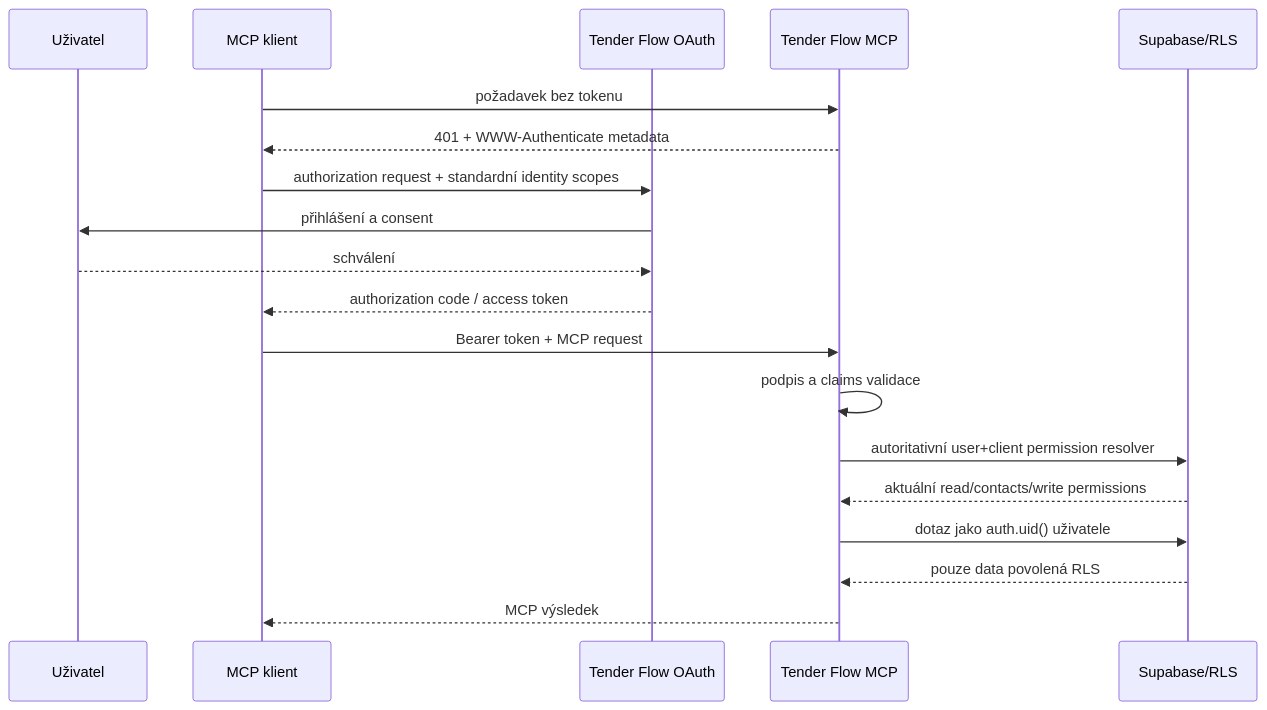
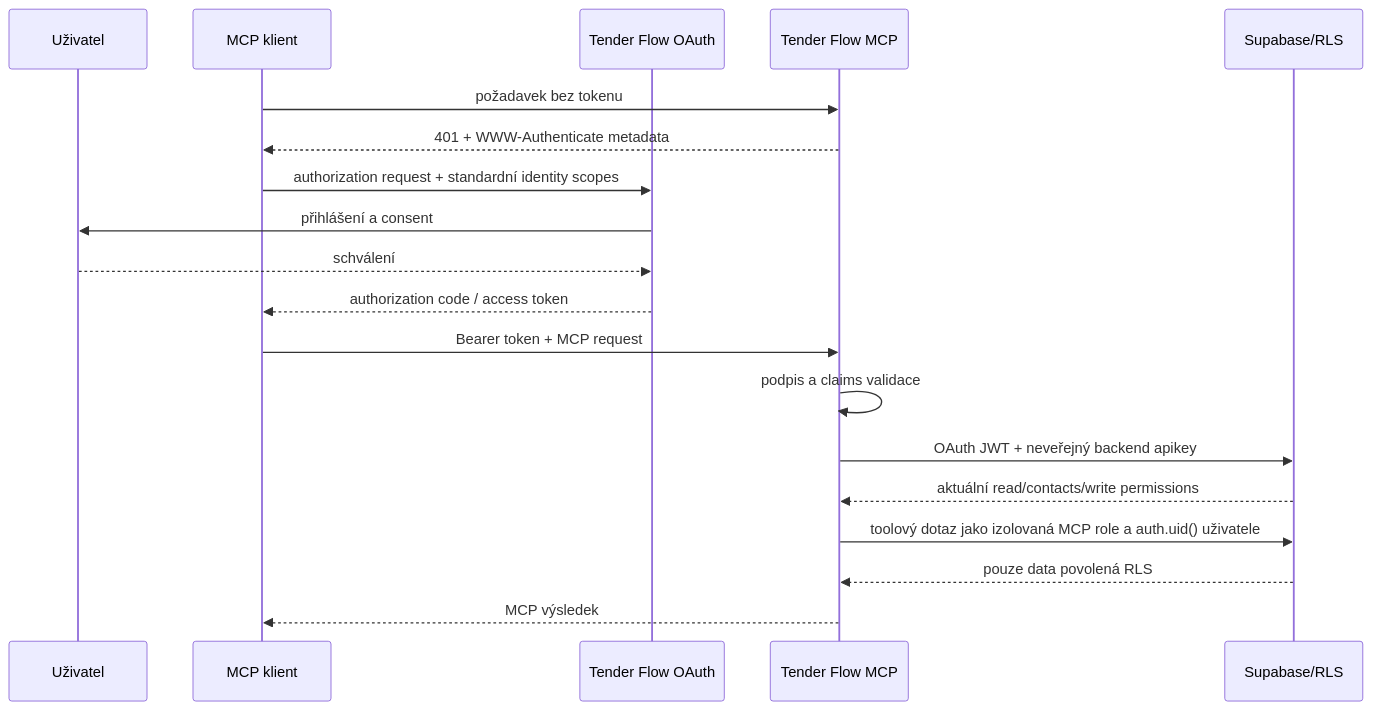
Before and after one commit to Martin82K/Tender-Flow: the diagram in docs/mcp/authentication.md, drawn with Mermaid. The commit also changed other lines of this file and 21 other files, not shown here.

````diff
--- a/docs/mcp/authentication.md
+++ b/docs/mcp/authentication.md
@@ -13,21 +13,21 @@
 ```mermaid
 sequenceDiagram
   participant U as Uživatel
   participant C as MCP klient
   participant O as Tender Flow OAuth
   participant M as Tender Flow MCP
   participant D as Supabase/RLS
   C->>M: požadavek bez tokenu
   M-->>C: 401 + WWW-Authenticate metadata
   C->>O: authorization request + standardní identity scopes
   O->>U: přihlášení a consent
   U-->>O: schválení
   O-->>C: authorization code / access token
   C->>M: Bearer token + MCP request
   M->>M: podpis a claims validace
-  M->>D: autoritativní user+client permission resolver
+  M->>D: OAuth JWT + neveřejný backend apikey
   D-->>M: aktuální read/contacts/write permissions
-  M->>D: dotaz jako auth.uid() uživatele
+  M->>D: toolový dotaz jako izolovaná MCP role a auth.uid() uživatele
   D-->>M: pouze data povolená RLS
   M-->>C: MCP výsledek
 ```
````
